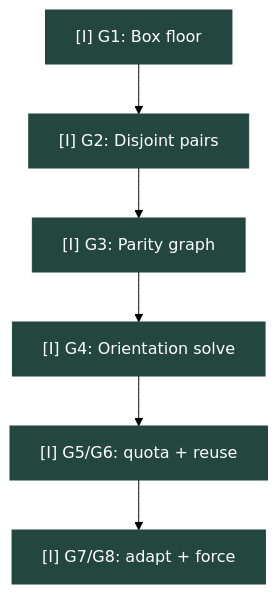
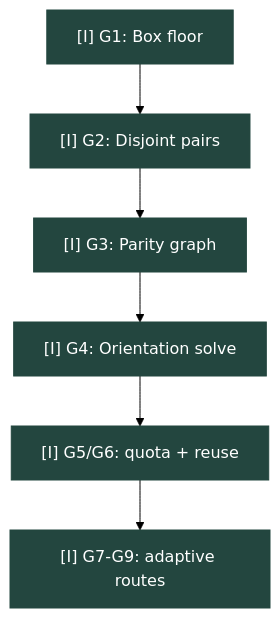
The diagram in docs/research/uadie/diagrams/evolution.mmd (ameenalqershi/wow-decision-intelligence), drawn with Mermaid (forest theme) before and after one commit. The commit also changed 3 other files, not shown here.

```diff
--- a/docs/research/uadie/diagrams/evolution.mmd
+++ b/docs/research/uadie/diagrams/evolution.mmd
@@ -1,17 +1,17 @@
 flowchart TD
   n0["[I] G1: Box floor"]:::I
   n1["[I] G2: Disjoint pairs"]:::I
   n2["[I] G3: Parity graph"]:::I
   n3["[I] G4: Orientation solve"]:::I
   n4["[I] G5/G6: quota + reuse"]:::I
-  n5["[I] G7/G8: adapt + force"]:::I
+  n5["[I] G7-G9: adaptive routes"]:::I
   n0 --> n1
   n1 --> n2
   n2 --> n3
   n3 --> n4
   n4 --> n5
   classDef I fill:#23463f,color:#fff,stroke:#23463f
   classDef P fill:#224f75,color:#fff,stroke:#224f75
   classDef T fill:#326437,color:#fff,stroke:#326437
   classDef C fill:#83551c,color:#fff,stroke:#83551c
   classDef U fill:#86404a,color:#fff,stroke:#86404a
```
